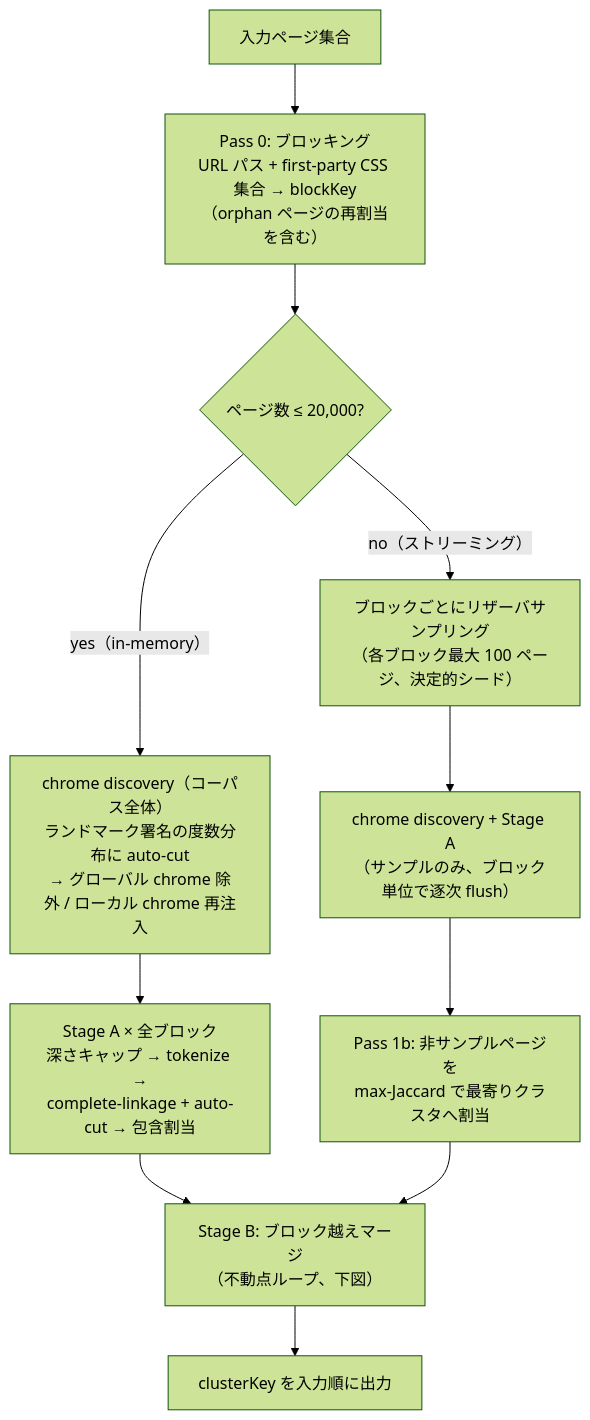
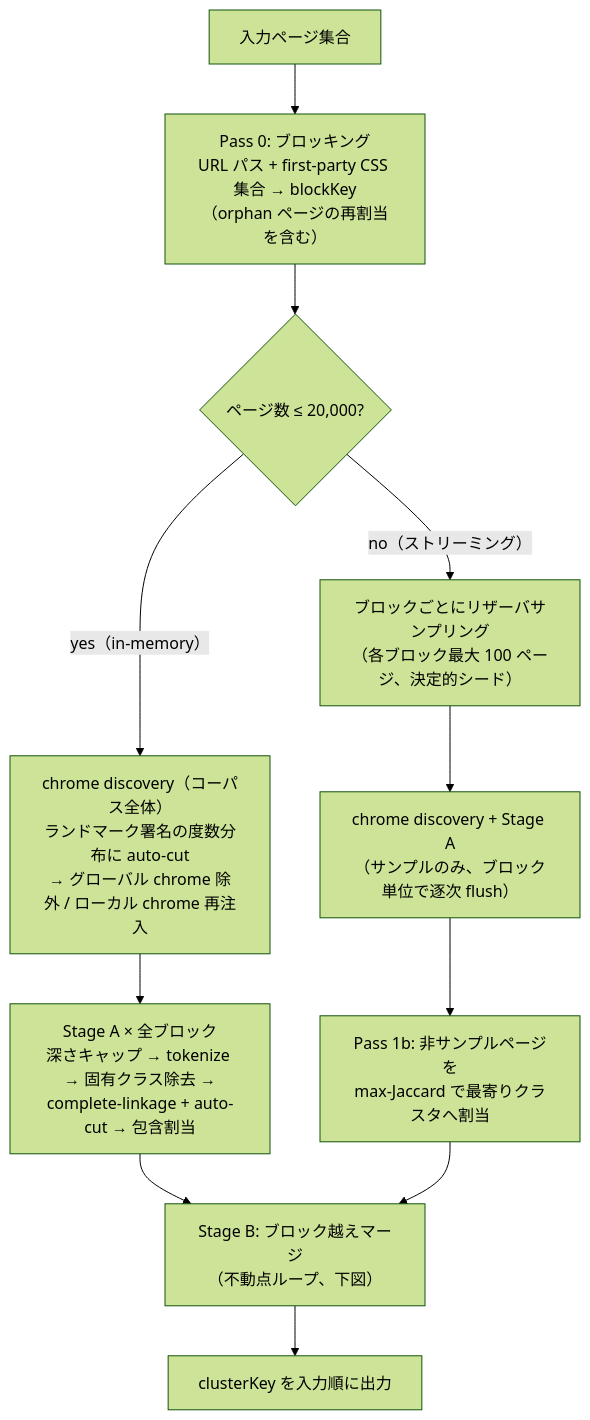
Before and after one commit to d-zero-dev/tools: the first of 2 diagrams in packages/@d-zero/page-cluster/README.md, drawn with Mermaid (forest theme). The commit also changed other lines of this file and 17 other files, not shown here.

````diff
--- a/packages/@d-zero/page-cluster/README.md
+++ b/packages/@d-zero/page-cluster/README.md
@@ -162,16 +162,16 @@
 ```mermaid
 flowchart TD
     IN[入力ページ集合] --> P0["Pass 0: ブロッキング<br>URL パス + first-party CSS 集合 → blockKey<br>（orphan ページの再割当を含む）"]
     P0 --> GATE{"ページ数 ≤ 20,000?"}
 
     GATE -- "yes（in-memory）" --> CHROME_ALL["chrome discovery（コーパス全体）<br>ランドマーク署名の度数分布に auto-cut<br>→ グローバル chrome 除外 / ローカル chrome 再注入"]
-    CHROME_ALL --> SA_ALL["Stage A × 全ブロック<br>深さキャップ → tokenize →<br>complete-linkage + auto-cut → 包含割当"]
+    CHROME_ALL --> SA_ALL["Stage A × 全ブロック<br>深さキャップ → tokenize → 固有クラス除去 →<br>complete-linkage + auto-cut → 包含割当"]
 
     GATE -- "no（ストリーミング）" --> RES["ブロックごとにリザーバサンプリング<br>（各ブロック最大 100 ページ、決定的シード）"]
     RES --> SA_SAMPLE["chrome discovery + Stage A<br>（サンプルのみ、ブロック単位で逐次 flush）"]
     SA_SAMPLE --> P1B["Pass 1b: 非サンプルページを<br>max-Jaccard で最寄りクラスタへ割当"]
 
     SA_ALL --> SB["Stage B: ブロック越えマージ<br>（不動点ループ、下図）"]
     P1B --> SB
     SB --> OUT["clusterKey を入力順に出力"]
 ```
````
